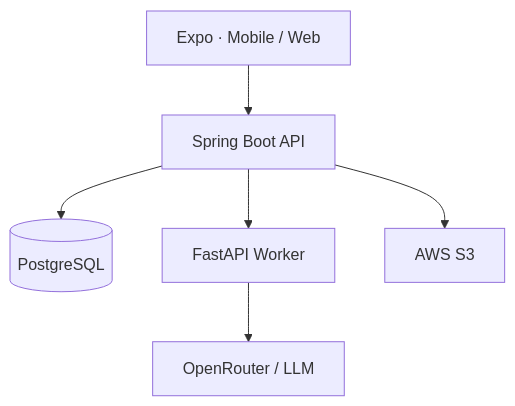
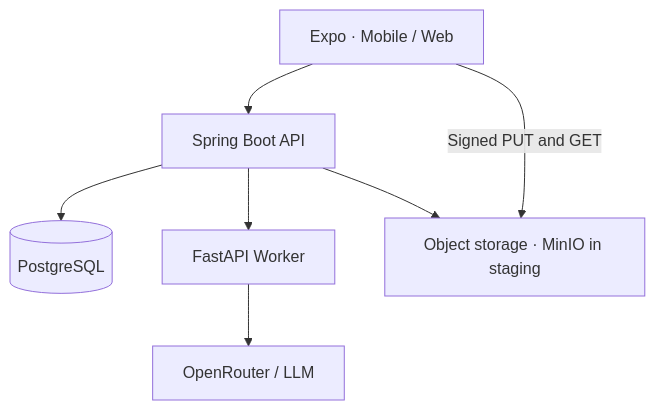
Before and after one commit to LYJ0304/grow-together: the diagram in README.md, drawn with Mermaid. The commit also changed other lines of this file and 22 other files, not shown here.

Commit message:
chore(staging): run MacBook staging with Tailscale and MinIO (#238)

````diff
--- a/README.md
+++ b/README.md
@@ -95,8 +95,9 @@
 ```mermaid
 flowchart TB
     Mobile["Expo · Mobile / Web"] --> API["Spring Boot API"]
     API --> DB[("PostgreSQL")]
     API --> Worker["FastAPI Worker"]
-    API --> S3["AWS S3"]
+    API --> Storage["Object storage · MinIO in staging"]
+    Mobile -->|Signed PUT and GET| Storage
     Worker --> LLM["OpenRouter / LLM"]
 ```
````
